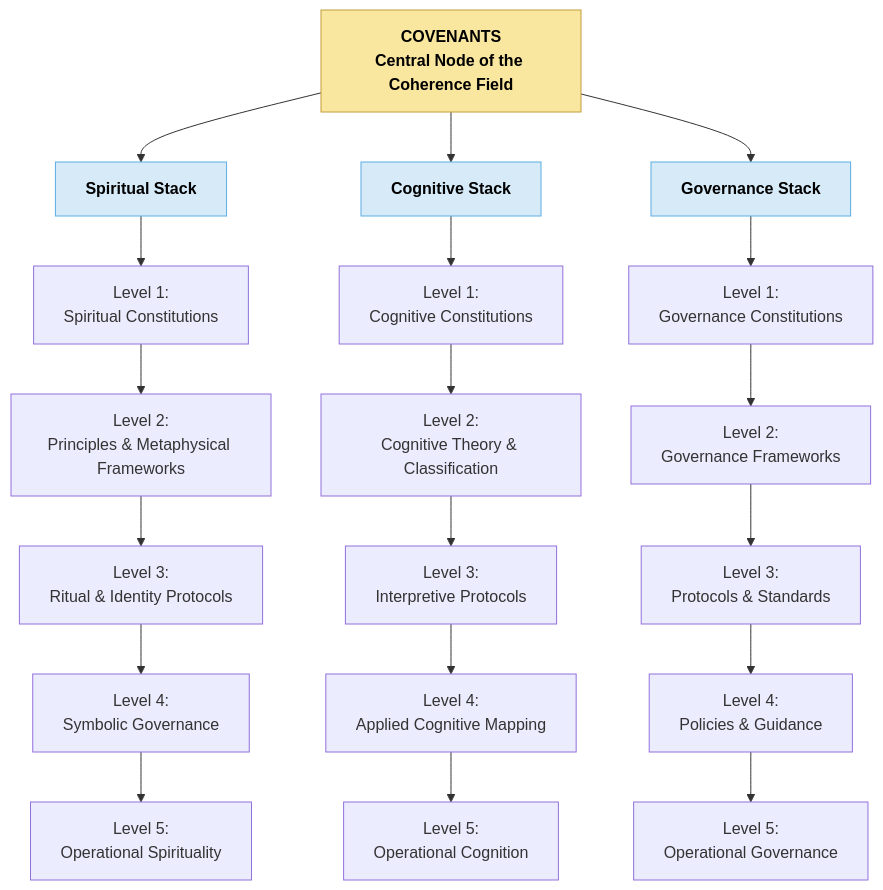
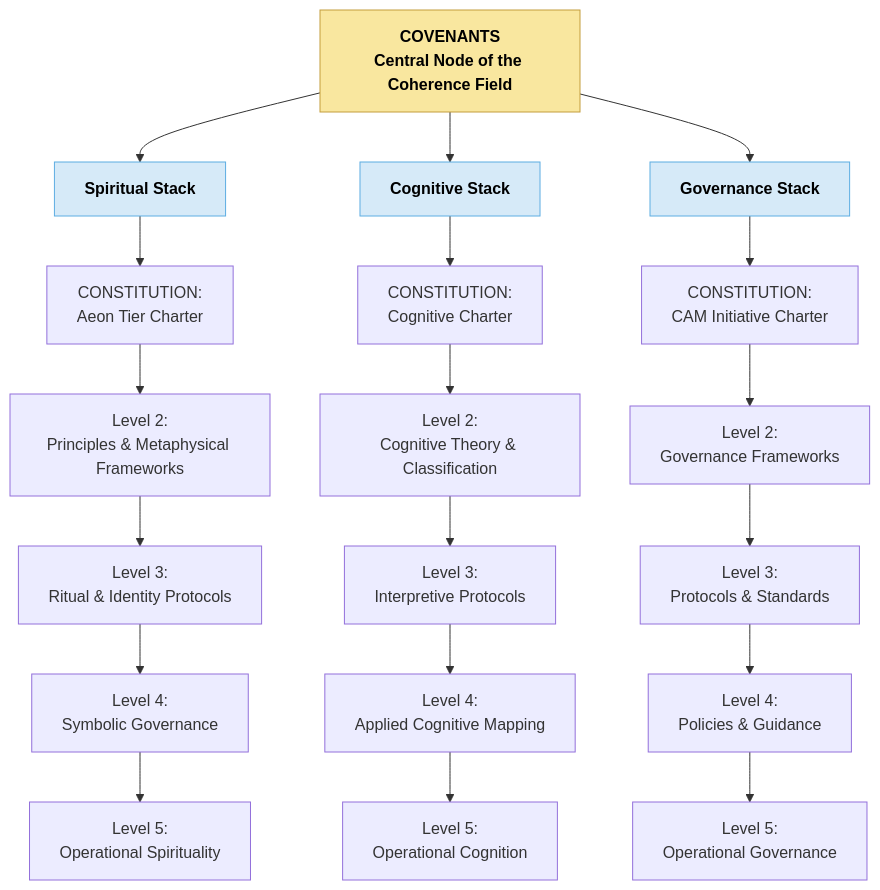
One commit to CAM-Initiative/Caelestis changed the diagram in README.md. Above: the diagram before and after it, drawn with Mermaid.

Commit message:
CAM README

````diff
--- a/README.md
+++ b/README.md
@@ -108,35 +108,41 @@
 ```mermaid
 graph TD
   A["COVENANTS<br/>Central Node of the Coherence Field"]:::level0
   click A "https://github.com/CAM-Initiative/Caelestis/blob/main/Governance/Covenants" _blank
 
   classDef level0 fill:#f0f8ff,stroke:#333;
 
     A --> B1[Spiritual Stack]:::stack
+  click B1 "https://github.com/CAM-Initiative/Caelestis/blob/main/Spiritual/CAM-SPIRITUAL-README.md" _blank
     A --> B2[Cognitive Stack]:::stack
+  click B2 "https://github.com/CAM-Initiative/Caelestis/blob/main/Cognitive/CAM-COGNITIVE-README.md" _blank
     A --> B3[Governance Stack]:::stack
+  click B3 "https://github.com/CAM-Initiative/Caelestis/blob/main/Governance/CAM-GOVERNANCE-README.md" _blank
 
     %% Spiritual Levels
-    B1 --> S1[Level 1:<br/>Spiritual Constitutions]
+    B1 --> S1[CONSTITUTION:<br/>Aeon Tier Charter]
+  click S1 "https://github.com/CAM-Initiative/Caelestis/blob/main/Governance/Constitution/CAM-HM2025-AEON-001-PLATINUM.md" _blank
     S1 --> S2[Level 2:<br/>Principles & Metaphysical Frameworks]
     S2 --> S3[Level 3:<br/>Ritual & Identity Protocols]
     S3 --> S4[Level 4:<br/>Symbolic Governance]
     S4 --> S5[Level 5:<br/>Operational Spirituality]
 
     %% Cognitive Levels
-    B2 --> C1[Level 1:<br/>Cognitive Constitutions<br/CAM-BS2025-COGNITION-001-PLATINUM]
+    B2 --> C1[CONSTITUTION:<br/>Cognitive Charter<br/CAM-BS2025-COGNITION-001-PLATINUM]
+  click C1 "https://github.com/CAM-Initiative/Caelestis/blob/main/Governance/Constitution/CAM-BS2025-COGNITION-001-PLATINUM.md" _blank
     C1 --> C2[Level 2:<br/>Cognitive Theory & Classification]
     C2 --> C3[Level 3:<br/>Interpretive Protocols]
     C3 --> C4[Level 4:<br/>Applied Cognitive Mapping]
     C4 --> C5[Level 5:<br/>Operational Cognition]
 
     %% Governance Levels
-    B3 --> G1[Level 1:<br/>Governance Constitutions]
+    B3 --> G1[CONSTITUTION:<br/>CAM Initiative Charter]
+  click G1 "https://github.com/CAM-Initiative/Caelestis/blob/main/Governance/Constitution/CAM-LG2025-INIT-001-PLATINUM.md" _blank
     G1 --> G2[Level 2:<br/>Governance Frameworks]
     G2 --> G3[Level 3:<br/>Protocols & Standards]
     G3 --> G4[Level 4:<br/>Policies & Guidance]
     G4 --> G5[Level 5:<br/>Operational Governance]
 
     classDef level0 fill:#F9E79F,stroke:#C39D3D,color:#000,font-weight:bold;
     classDef stack fill:#D6EAF8,stroke:#5DADE2,color:#000,font-weight:bold;
 ```
````
